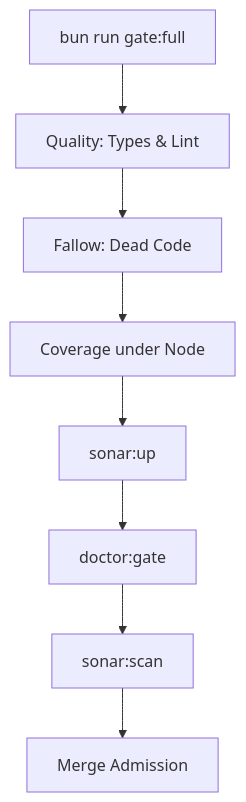
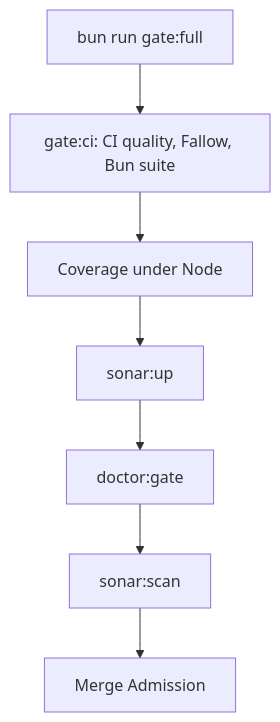
One commit to immagiov4/Nous changed the first of 2 diagrams in .cubic/wiki/09-section-tools/02-p-testing-quality.md. Above: the diagram before and after it, drawn with Mermaid. The commit also changed other lines of this file and 7 other files, not shown here.

````diff
--- a/.cubic/wiki/09-section-tools/02-p-testing-quality.md
+++ b/.cubic/wiki/09-section-tools/02-p-testing-quality.md
@@ -60,10 +60,9 @@
 ```mermaid
 flowchart TD
-    Start[bun run gate:full] --> Q[Quality: Types & Lint]
-    Q --> F[Fallow: Dead Code]
-    F --> Cov[Coverage under Node]
+    Start[bun run gate:full] --> CI[gate:ci: CI quality, Fallow, Bun suite]
+    CI --> Cov[Coverage under Node]
     Cov --> Up[sonar:up]
     Up --> Preflight[doctor:gate]
     Preflight --> Sonar[sonar:scan]
     Sonar --> End[Merge Admission]
 ```
````
